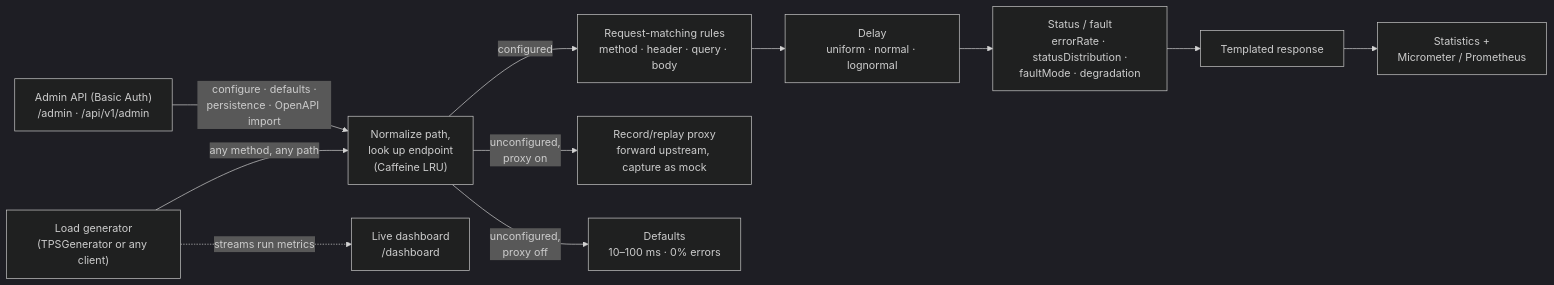
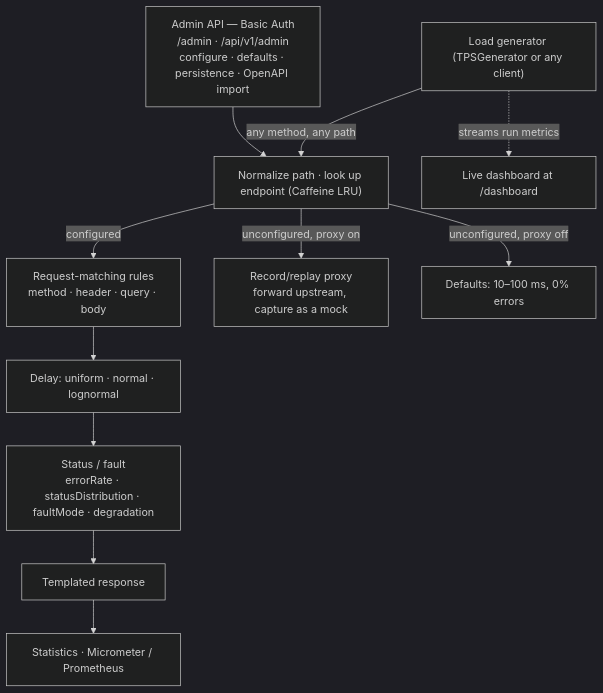
One commit to monahand1023/TPSGenerator-Server changed the diagram in README.md. Above: the diagram before and after it, drawn with Mermaid (dark theme).

Commit message:
docs: lay the How-it-works diagram out top-to-bottom so it is legible at README width
Claude-Session: https://claude.ai/code/session_01F49yxtc8h5Jj4TxAyanvoV

````diff
--- a/README.md
+++ b/README.md
@@ -9,13 +9,13 @@
 ```mermaid
-flowchart LR
-    LG["Load generator<br/>(TPSGenerator or any client)"] -->|"any method, any path"| Match["Normalize path,<br/>look up endpoint<br/>(Caffeine LRU)"]
+flowchart TB
+    LG["Load generator (TPSGenerator or any client)"] -->|"any method, any path"| Match["Normalize path · look up endpoint (Caffeine LRU)"]
+    Admin["Admin API — Basic Auth<br/>/admin · /api/v1/admin<br/>configure · defaults · persistence · OpenAPI import"] --> Match
     Match -->|"configured"| Rules["Request-matching rules<br/>method · header · query · body"]
-    Rules --> Delay["Delay<br/>uniform · normal · lognormal"]
-    Delay --> Status["Status / fault<br/>errorRate · statusDistribution ·<br/>faultMode · degradation"]
+    Rules --> Delay["Delay: uniform · normal · lognormal"]
+    Delay --> Status["Status / fault<br/>errorRate · statusDistribution · faultMode · degradation"]
     Status --> Resp["Templated response"]
-    Match -->|"unconfigured,<br/>proxy on"| Proxy["Record/replay proxy<br/>forward upstream, capture as mock"]
-    Match -->|"unconfigured,<br/>proxy off"| Default["Defaults<br/>10–100 ms · 0% errors"]
-    Resp --> Stats["Statistics +<br/>Micrometer / Prometheus"]
-    Admin["Admin API (Basic Auth)<br/>/admin · /api/v1/admin"] -->|"configure · defaults ·<br/>persistence · OpenAPI import"| Match
-    LG -.->|"streams run metrics"| Dash["Live dashboard<br/>/dashboard"]
+    Match -->|"unconfigured, proxy on"| Proxy["Record/replay proxy<br/>forward upstream, capture as a mock"]
+    Match -->|"unconfigured, proxy off"| Default["Defaults: 10–100 ms, 0% errors"]
+    Resp --> Stats["Statistics · Micrometer / Prometheus"]
+    LG -.->|"streams run metrics"| Dash["Live dashboard at /dashboard"]
 ```
````
